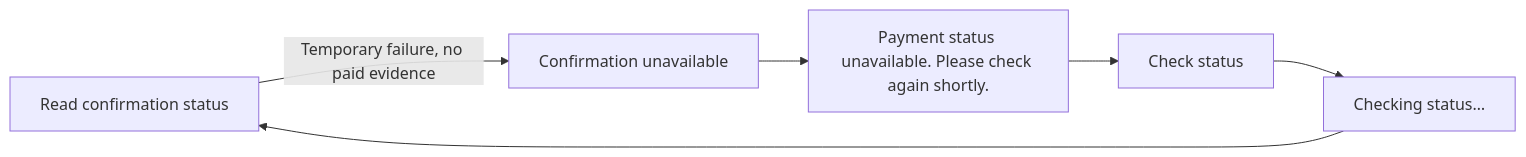
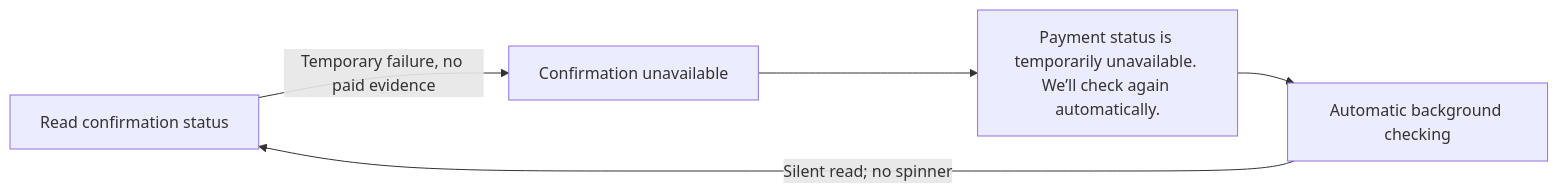
Before and after one commit to soccerbotstudiosg/soccerbotstudioSG: diagram 11 of 19 in docs/booking-flows.md, drawn with Mermaid. The commit also changed other lines of this file and 44 other files, not shown here.

First line of the commit message:
Fix conflict and expiry recovery with silent background checks (#46)

````diff
--- a/docs/booking-flows.md
+++ b/docs/booking-flows.md
@@ -181,7 +184,7 @@
 ```mermaid
 flowchart LR
   A["Read confirmation status"] -->|Temporary failure, no paid evidence| B["Confirmation unavailable"]
-  B --> C["Payment status unavailable. Please check again shortly."]
-  C --> D["Check status"]
-  D --> E["Checking status…"] --> A
+  B --> C["Payment status is temporarily unavailable. We’ll check again automatically."]
+  C --> D["Automatic background checking"]
+  D -->|Silent read; no spinner| A
 ```
````
